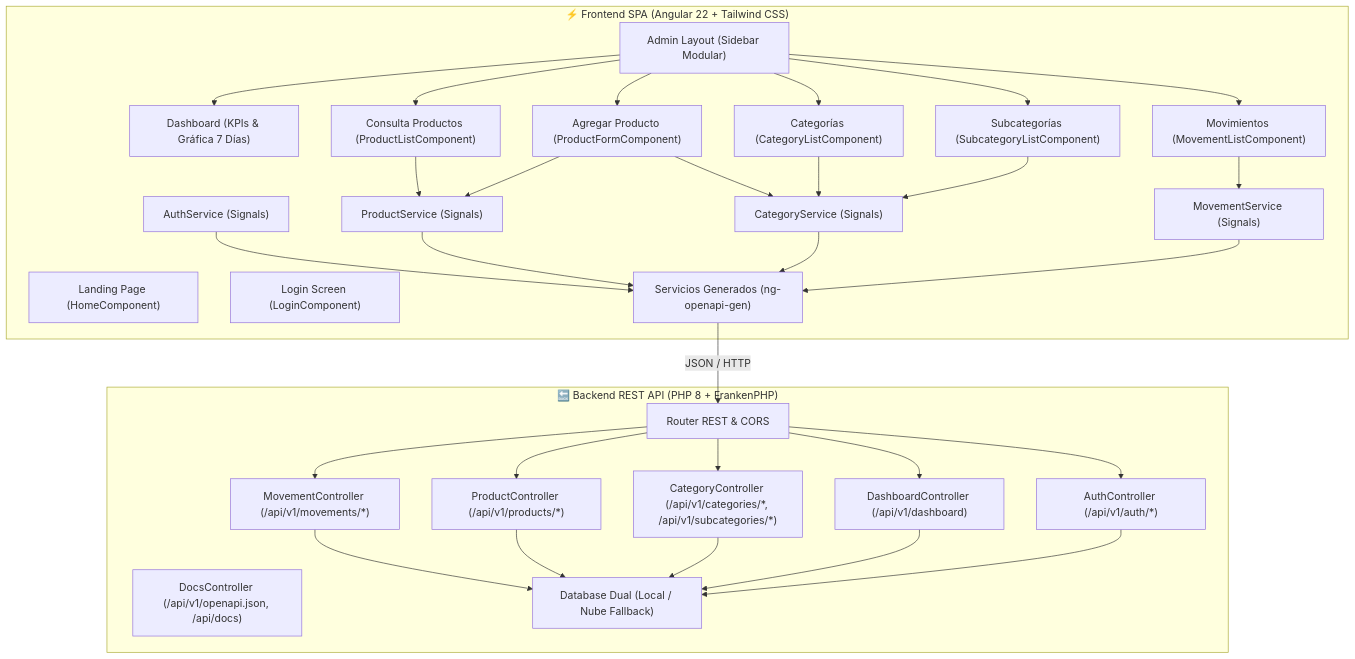
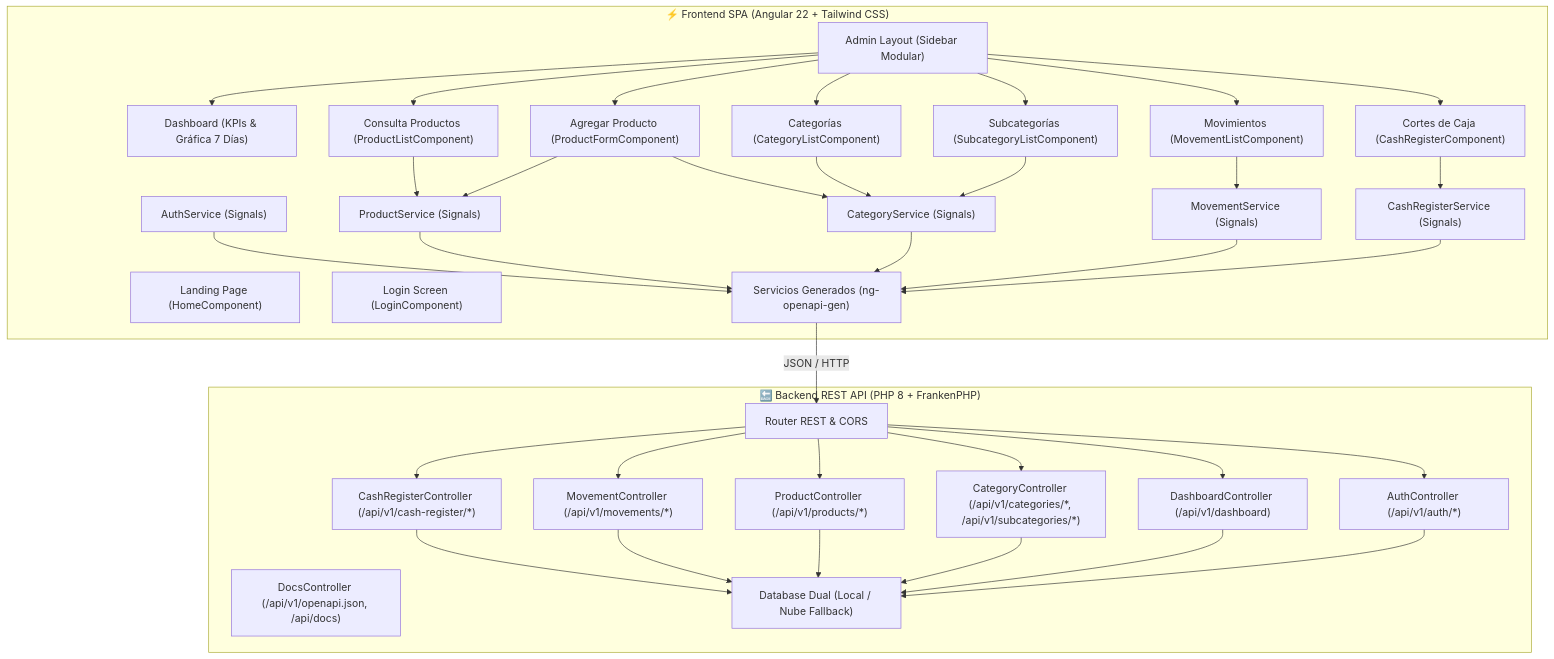
The diagram in README.md (Paulob0t/PauloBotStore), drawn with Mermaid before and after one commit. The commit also changed other lines of this file and 38 other files, not shown here.

First line of the commit message:
feat(cash-register): migrar modulo de Cortes de Caja a Angular SPA y REST API

````diff
--- a/README.md
+++ b/README.md
@@ -16,58 +16,66 @@
 ```mermaid
 graph TD
     subgraph Frontend_SPA ["⚡ Frontend SPA (Angular 22 + Tailwind CSS)"]
         Landing["Landing Page (HomeComponent)"]
         Login["Login Screen (LoginComponent)"]
         AdminShell["Admin Layout (Sidebar Modular)"]
         Dashboard["Dashboard (KPIs & Gráfica 7 Días)"]
         ProductsList["Consulta Productos (ProductListComponent)"]
         ProductsForm["Agregar Producto (ProductFormComponent)"]
         CategoriesList["Categorías (CategoryListComponent)"]
         SubcategoriesList["Subcategorías (SubcategoryListComponent)"]
         MovementsList["Movimientos (MovementListComponent)"]
+        CashRegister["Cortes de Caja (CashRegisterComponent)"]
         AuthSvc["AuthService (Signals)"]
         ProdSvc["ProductService (Signals)"]
         CatSvc["CategoryService (Signals)"]
         MoveSvc["MovementService (Signals)"]
+        CashSvc["CashRegisterService (Signals)"]
         OpenApiGen["Servicios Generados (ng-openapi-gen)"]
     end
 
     subgraph Backend_REST ["🔙 Backend REST API (PHP 8 + FrankenPHP)"]
         Router["Router REST & CORS"]
         AuthController["AuthController (/api/v1/auth/*)"]
         DashboardController["DashboardController (/api/v1/dashboard)"]
         ProductController["ProductController (/api/v1/products/*)"]
         CategoryController["CategoryController (/api/v1/categories/*, /api/v1/subcategories/*)"]
         MovementController["MovementController (/api/v1/movements/*)"]
+        CashRegisterController["CashRegisterController (/api/v1/cash-register/*)"]
         DocsController["DocsController (/api/v1/openapi.json, /api/docs)"]
         Database["Database Dual (Local / Nube Fallback)"]
     end
 
     AdminShell --> Dashboard
     AdminShell --> ProductsList
     AdminShell --> ProductsForm
     AdminShell --> CategoriesList
     AdminShell --> SubcategoriesList
     AdminShell --> MovementsList
+    AdminShell --> CashRegister
+    CashRegister --> CashSvc
     MovementsList --> MoveSvc
     ProductsList --> ProdSvc
     ProductsForm --> ProdSvc
     ProductsForm --> CatSvc
     CategoriesList --> CatSvc
     SubcategoriesList --> CatSvc
     AuthSvc --> OpenApiGen
     ProdSvc --> OpenApiGen
     CatSvc --> OpenApiGen
     MoveSvc --> OpenApiGen
+    CashSvc --> OpenApiGen
     OpenApiGen -->|JSON / HTTP| Router
     Router --> AuthController
     Router --> DashboardController
     Router --> ProductController
     Router --> CategoryController
     Router --> MovementController
+    Router --> CashRegisterController
+    CashRegisterController --> Database
     MovementController --> Database
     ProductController --> Database
     CategoryController --> Database
     DashboardController --> Database
     AuthController --> Database
 ```
````
